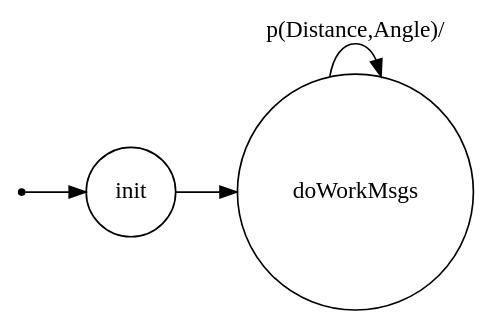
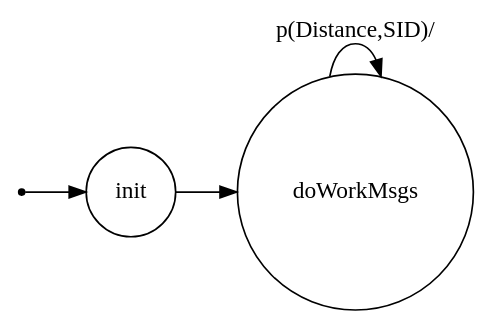
The diagram in srcMore/it/unibo/radargui/dotFsm.gv (Diantha/TemaFinaleISS), drawn with Graphviz before and after one commit. The commit also changed 136 other files, not shown here.

```diff
--- a/srcMore/it/unibo/radargui/dotFsm.gv
+++ b/srcMore/it/unibo/radargui/dotFsm.gv
@@ -1,22 +1,22 @@
 /*
 *
 * A GraphViz DOT FSM description 
 * Please use a GraphViz visualizer (like http://www.webgraphviz.com)
 * 
 * Generated by AM,NC,RM
 *  
 */
  
 digraph finite_state_machine {
   	rankdir=LR;
   	size="8,5"
   	node [shape = point]; iniziale;
   	node [shape = doublecircle]; 
   	node [shape = circle];
   	iniziale -> init [label = ""];
   	
   	
   	init -> doWorkMsgs [ label = ""];
   	
-  	doWorkMsgs -> doWorkMsgs [ label = "p(Distance,Angle)/"];
+  	doWorkMsgs -> doWorkMsgs [ label = "p(Distance,SID)/"];
 }
```
